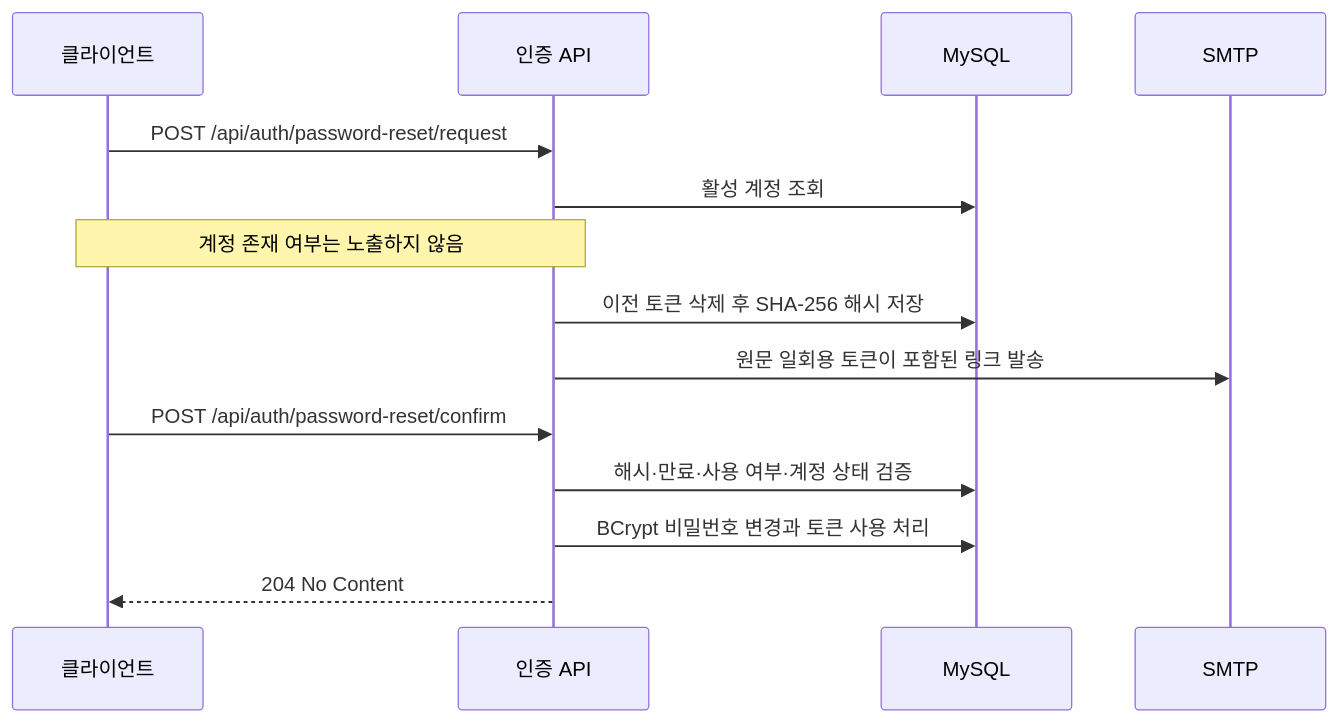
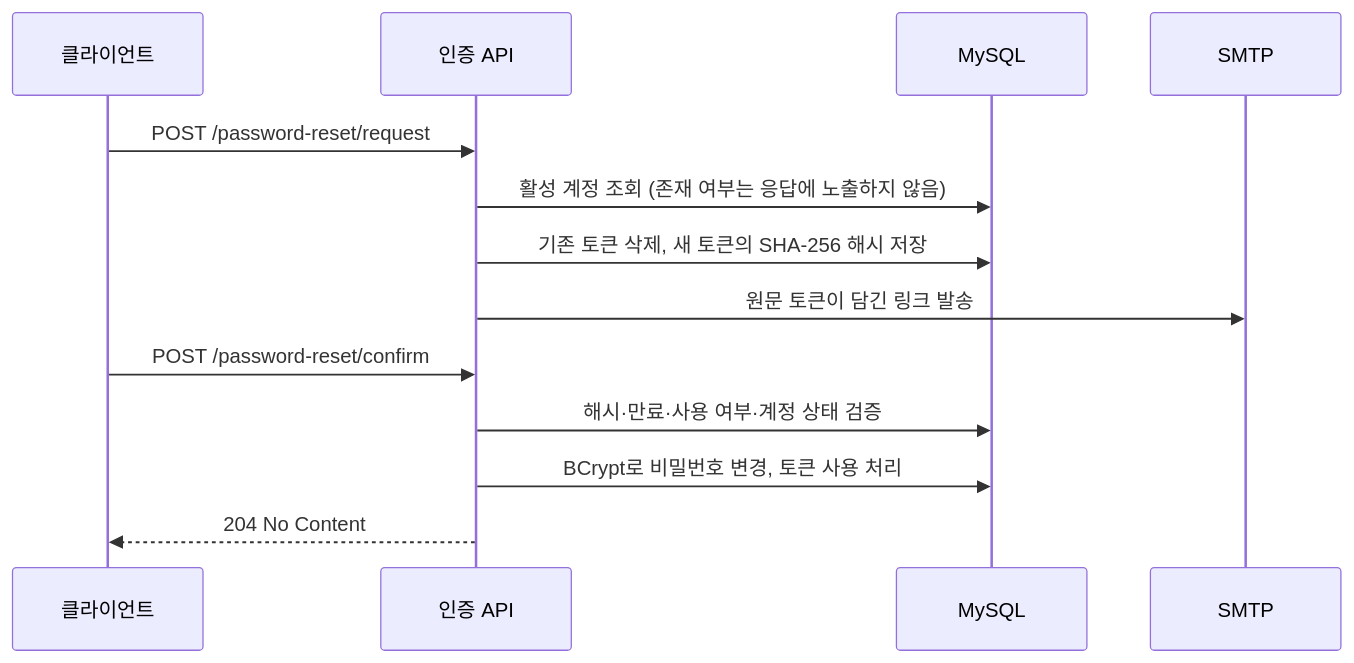
One commit to jong9s/renewmate-backend changed the fourth of 5 diagrams in README.md. Above: the diagram before and after it, drawn with Mermaid. The commit also changed other lines of this file, not shown here.

````diff
--- a/README.md
+++ b/README.md
@@ -176,17 +177,16 @@
 ```mermaid
 sequenceDiagram
     participant C as 클라이언트
     participant A as 인증 API
     participant D as MySQL
     participant M as SMTP
 
-    C->>A: POST /api/auth/password-reset/request
-    A->>D: 활성 계정 조회
-    Note over A,C: 계정 존재 여부는 노출하지 않음
-    A->>D: 이전 토큰 삭제 후 SHA-256 해시 저장
-    A->>M: 원문 일회용 토큰이 포함된 링크 발송
-    C->>A: POST /api/auth/password-reset/confirm
+    C->>A: POST /password-reset/request
+    A->>D: 활성 계정 조회 (존재 여부는 응답에 노출하지 않음)
+    A->>D: 기존 토큰 삭제, 새 토큰의 SHA-256 해시 저장
+    A->>M: 원문 토큰이 담긴 링크 발송
+    C->>A: POST /password-reset/confirm
     A->>D: 해시·만료·사용 여부·계정 상태 검증
-    A->>D: BCrypt 비밀번호 변경과 토큰 사용 처리
+    A->>D: BCrypt로 비밀번호 변경, 토큰 사용 처리
     A-->>C: 204 No Content
 ```
````
